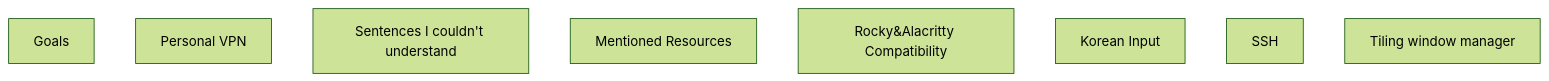
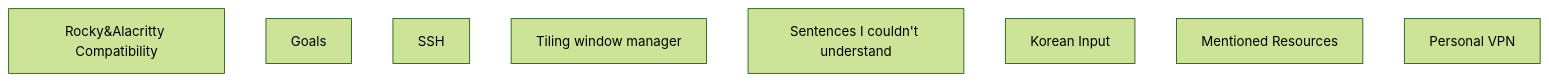
Before and after one commit to ohsgottherizz/ObsidianVault: the diagram in graph.md, drawn with Mermaid (forest theme). The commit also changed 1 other file, not shown here.

Commit message:
another one

````diff
--- a/graph.md
+++ b/graph.md
@@ -1,11 +1,11 @@
 ```mermaid
 graph TD
-    node_1["Goals"]
-    node_2["Personal VPN"]
-    node_3["Sentences I couldn't understand"]
-    node_4["Mentioned Resources"]
-    node_5["Rocky&Alacritty Compatibility"]
-    node_6["Korean Input"]
-    node_7["SSH"]
-    node_8["Tiling window manager"]
+    id0["Rocky&Alacritty Compatibility"]
+    id1["Goals"]
+    id2["SSH"]
+    id3["Tiling window manager"]
+    id4["Sentences I couldn't understand"]
+    id5["Korean Input"]
+    id6["Mentioned Resources"]
+    id7["Personal VPN"]
 ```
````
